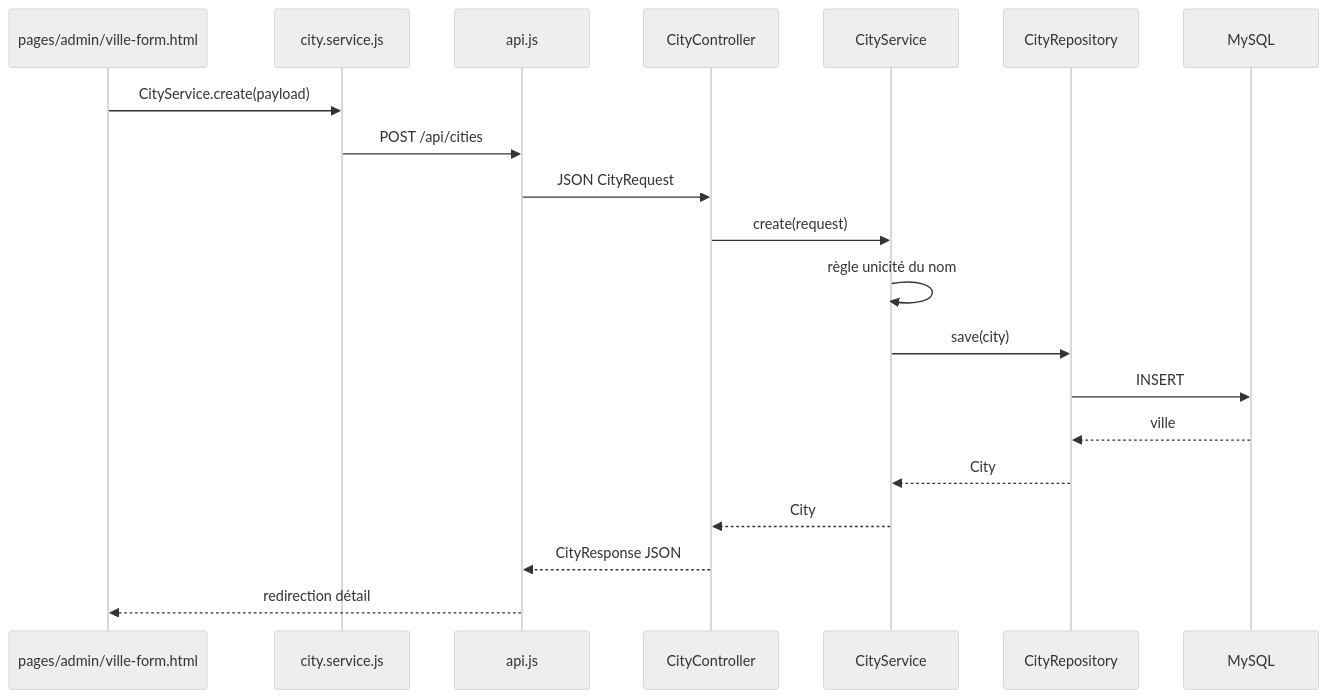
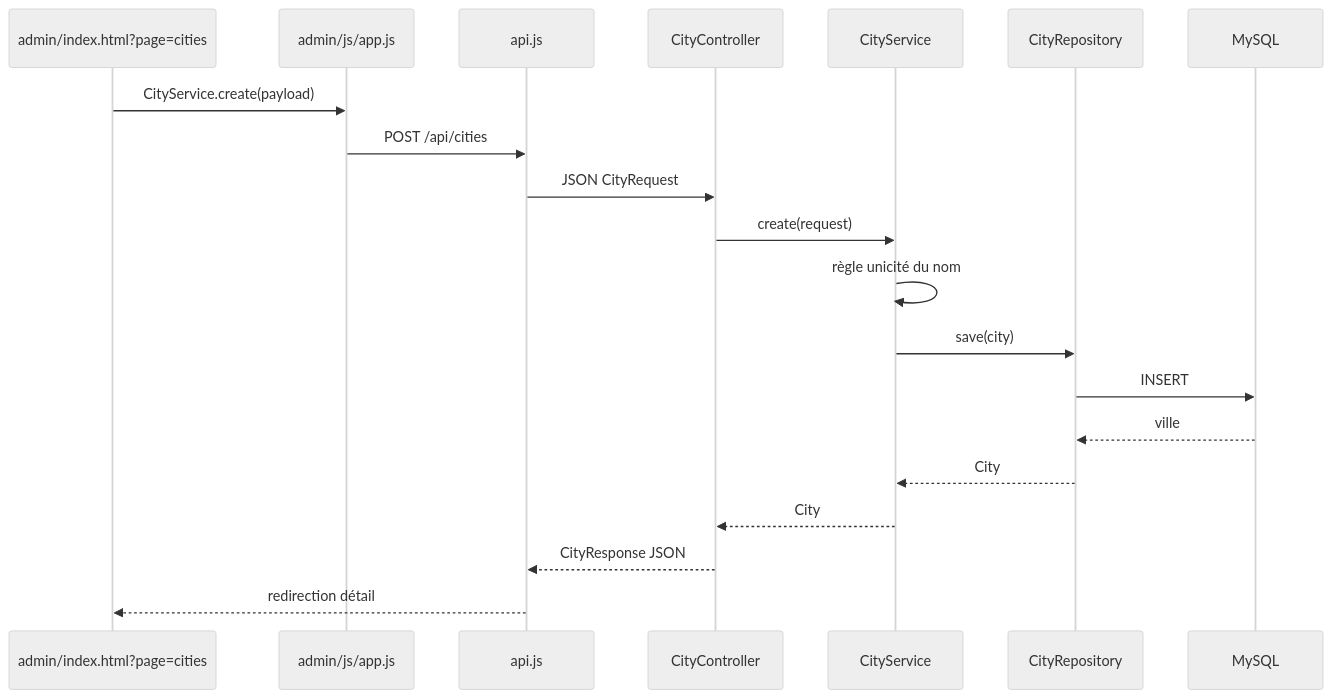
The third of 3 diagrams in docs/architecture.md (achrafes20/travel-agency-app), drawn with Mermaid (neutral theme) before and after one commit. The commit also changed other lines of this file and 35 other files, not shown here.

````diff
--- a/docs/architecture.md
+++ b/docs/architecture.md
@@ -125,23 +125,23 @@
 ```mermaid
 sequenceDiagram
-    participant P as pages/admin/ville-form.html
-    participant S as city.service.js
+    participant P as admin/index.html?page=cities
+    participant S as admin/js/app.js
     participant A as api.js
     participant C as CityController
     participant V as CityService
     participant R as CityRepository
     participant DB as MySQL
 
     P->>S: CityService.create(payload)
     S->>A: POST /api/cities
     A->>C: JSON CityRequest
     C->>V: create(request)
     V->>V: règle unicité du nom
     V->>R: save(city)
     R->>DB: INSERT
     DB-->>R: ville
     R-->>V: City
     V-->>C: City
     C-->>A: CityResponse JSON
     A-->>P: redirection détail
 ```
````
